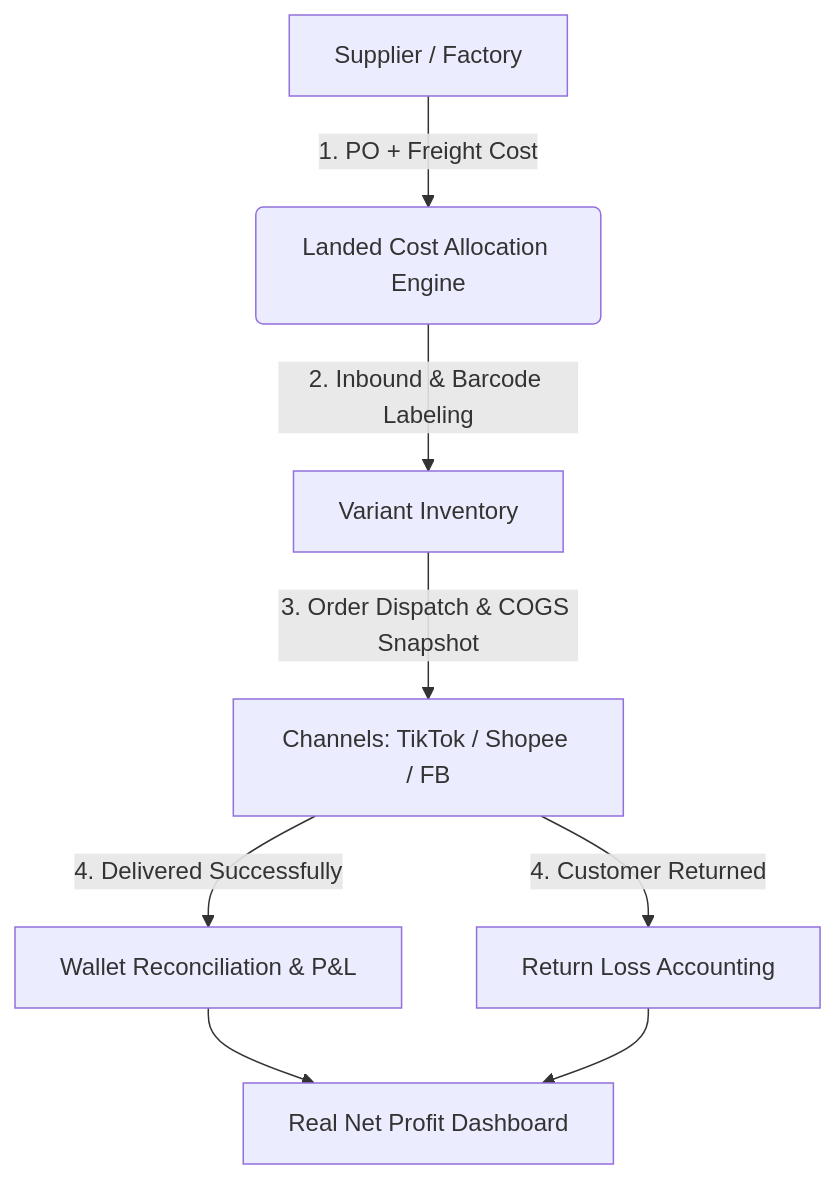
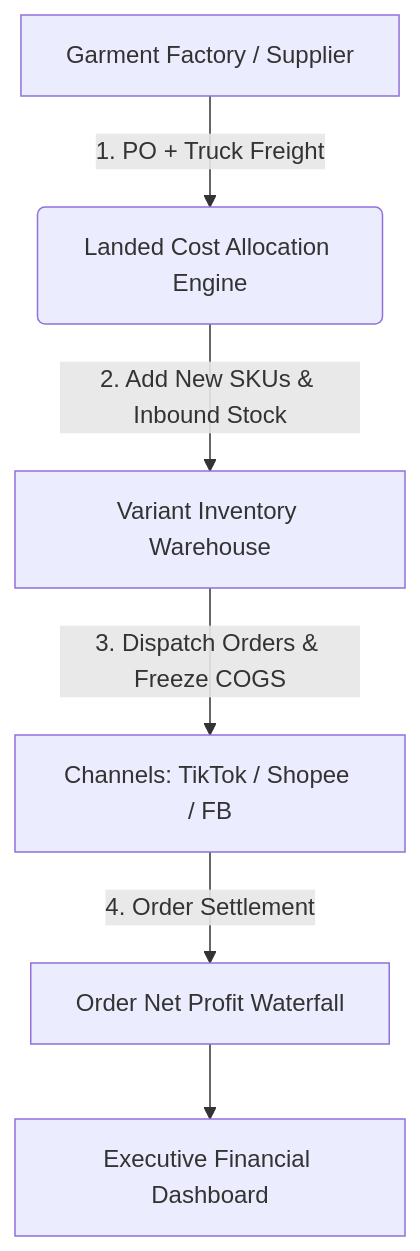
One commit to duchoa0405/Day1_intern_VSF changed the first of 3 diagrams in README_EN.md. Above: the diagram before and after it, drawn with Mermaid. The commit also changed other lines of this file and 27 other files, not shown here.

Commit message:
feat: complete MVP 3 core engines, updated mindmaps

````diff
--- a/README_EN.md
+++ b/README_EN.md
@@ -20,10 +16,8 @@
 ```mermaid
 flowchart TD
-    A[Supplier / Factory] -->|1. PO + Freight Cost| B(Landed Cost Allocation Engine)
-    B -->|2. Inbound & Barcode Labeling| C[Variant Inventory]
-    C -->|3. Order Dispatch & COGS Snapshot| D[Channels: TikTok / Shopee / FB]
-    D -->|4. Delivered Successfully| E[Wallet Reconciliation & P&L]
-    D -->|4. Customer Returned| F[Return Loss Accounting]
-    E --> G[Real Net Profit Dashboard]
-    F --> G
+    A[Garment Factory / Supplier] -->|1. PO + Truck Freight| B(Landed Cost Allocation Engine)
+    B -->|2. Add New SKUs & Inbound Stock| C[Variant Inventory Warehouse]
+    C -->|3. Dispatch Orders & Freeze COGS| D[Channels: TikTok / Shopee / FB]
+    D -->|4. Order Settlement| E[Order Net Profit Waterfall]
+    E --> G[Executive Financial Dashboard]
 ```
````
